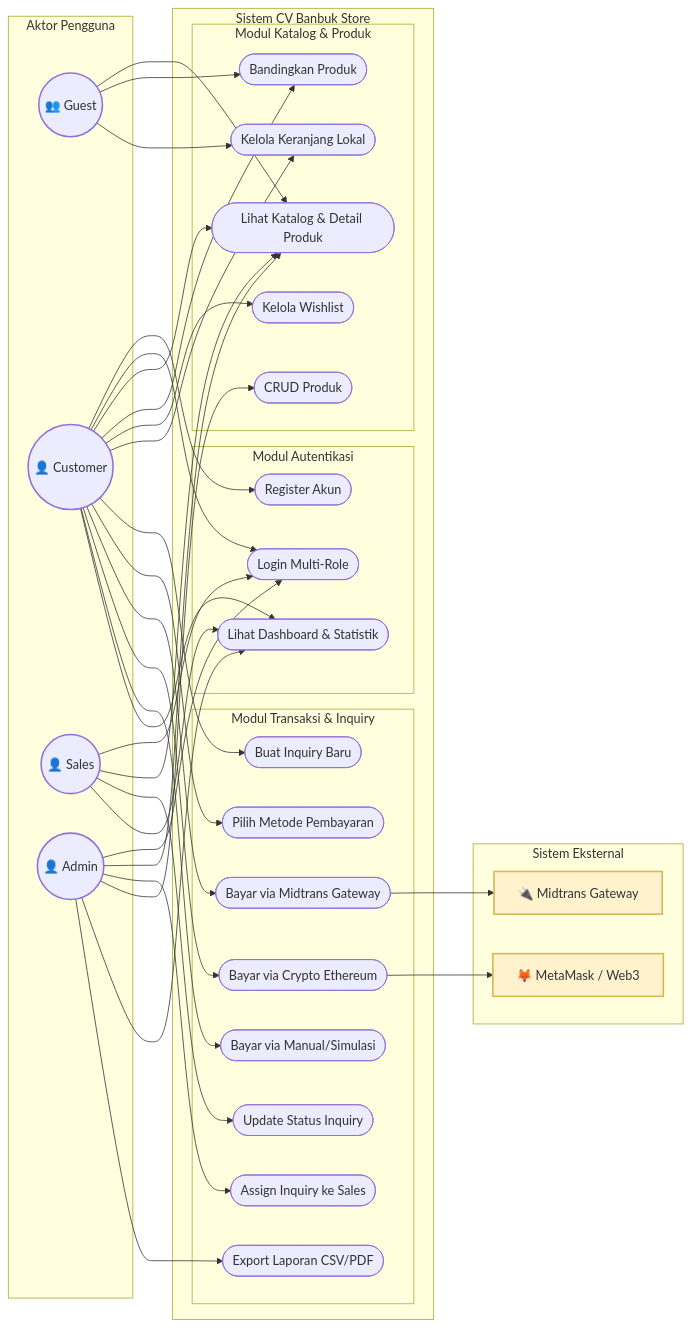
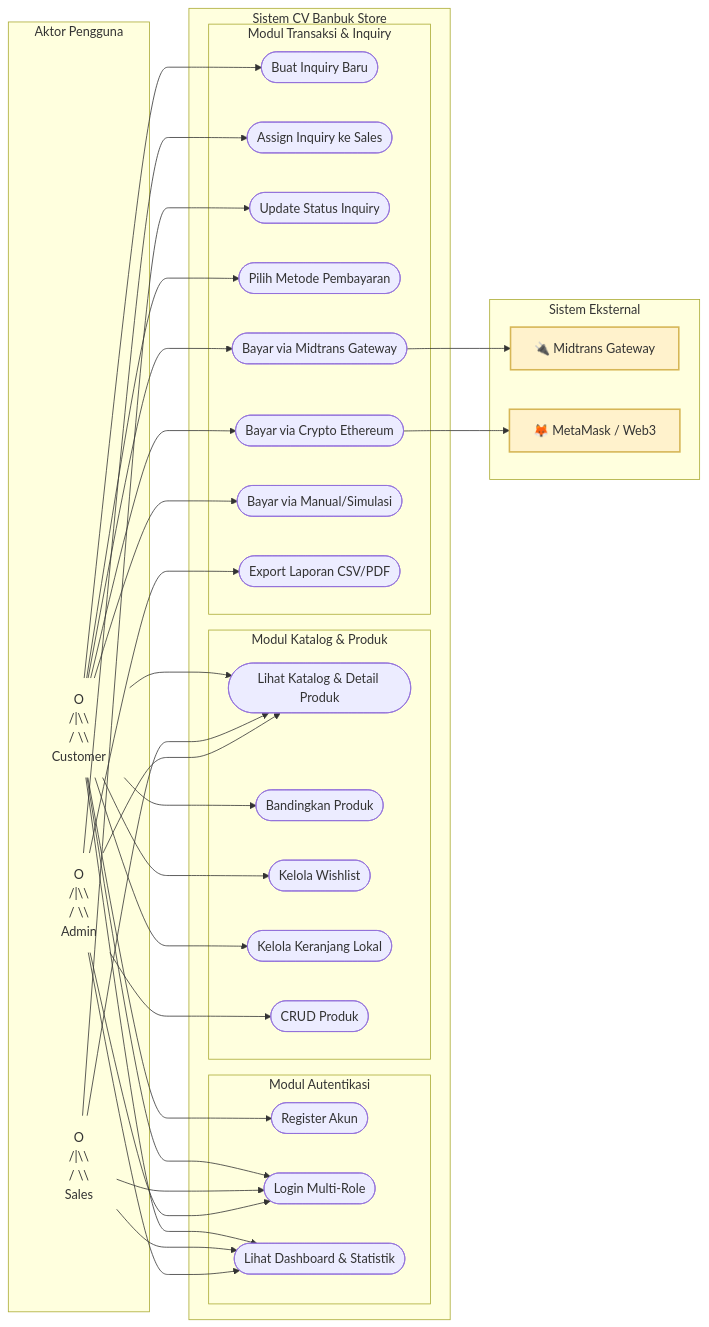
The first of 18 diagrams in docs/UML.md (Strioadjie/CVBanbukStore), drawn with Mermaid before and after one commit. The commit also changed other lines of this file, not shown here.

Commit message:
Update Use Case Diagram to use standard 3 stick figure actors

````diff
--- a/docs/UML.md
+++ b/docs/UML.md
@@ -12,10 +12,9 @@
 flowchart LR
     %% Aktor Pengguna (Kiri)
     subgraph Aktor ["Aktor Pengguna"]
-        Guest((👥 Guest))
-        Customer((👤 Customer))
-        Sales((👤 Sales))
-        Admin((👤 Admin))
+        Customer[" &nbsp;O&nbsp; <br> /|\\ <br> /&nbsp;\\ <br>Customer"]
+        Sales[" &nbsp;O&nbsp; <br> /|\\ <br> /&nbsp;\\ <br>Sales"]
+        Admin[" &nbsp;O&nbsp; <br> /|\\ <br> /&nbsp;\\ <br>Admin"]
     end
 
     %% Batas Sistem (Tengah)
@@ -52,11 +51,6 @@
         MetaMask[🦊 MetaMask / Web3]
     end
 
-    %% Relasi Aktor Guest
-    Guest --> UC3
-    Guest --> UC4
-    Guest --> UC6
-
     %% Relasi Aktor Customer
     Customer --> UC1
     Customer --> UC2
@@ -90,10 +84,9 @@
     UC13 --> MetaMask
 
     %% Styling Nodes
-    style Guest fill:#ececff,stroke:#9370db,stroke-width:2px
-    style Customer fill:#ececff,stroke:#9370db,stroke-width:2px
-    style Sales fill:#ececff,stroke:#9370db,stroke-width:2px
-    style Admin fill:#ececff,stroke:#9370db,stroke-width:2px
+    style Customer fill:none,stroke:none
+    style Sales fill:none,stroke:none
+    style Admin fill:none,stroke:none
     style Midtrans fill:#fff2cc,stroke:#d6b656,stroke-width:2px
     style MetaMask fill:#fff2cc,stroke:#d6b656,stroke-width:2px
 ```
````
